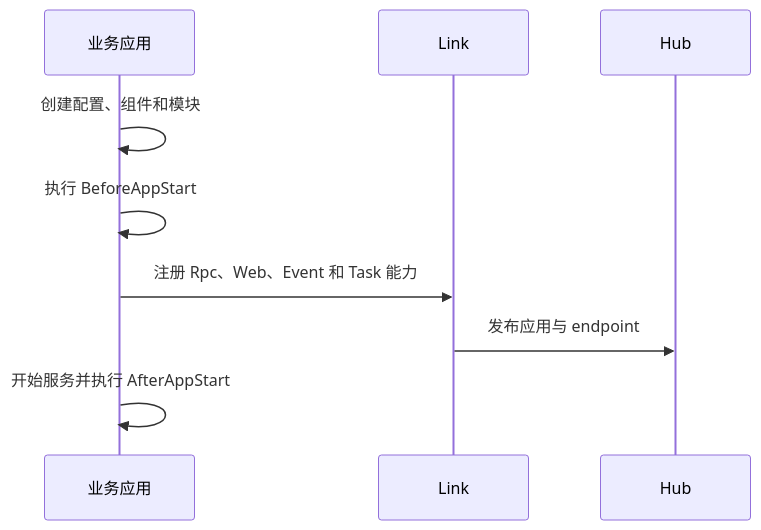
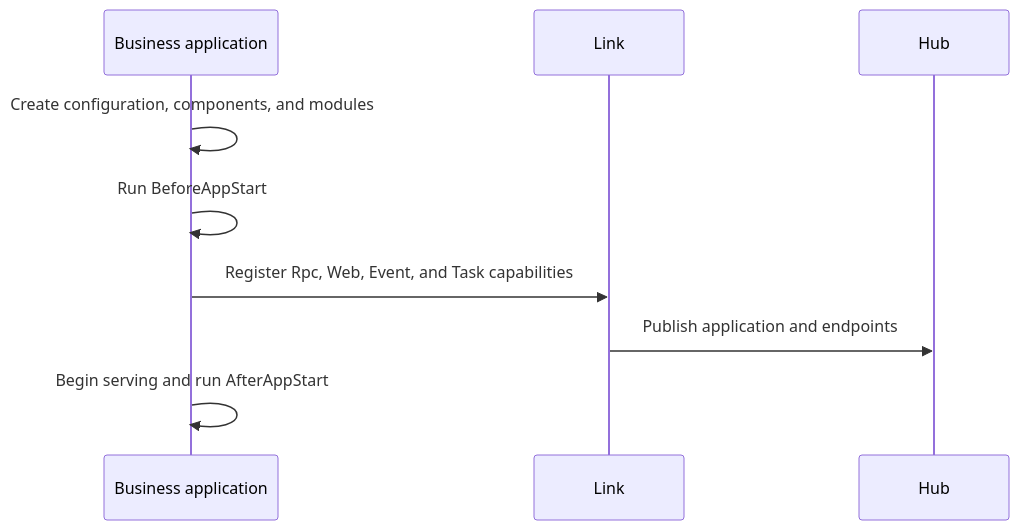
The first of 3 diagrams in docs/runtime/mechanisms.md (yorun-ai/vine-site), drawn with Mermaid before and after one commit. The commit also changed other lines of this file and 107 other files, not shown here.

````diff
--- a/docs/runtime/mechanisms.md
+++ b/docs/runtime/mechanisms.md
@@ -11,11 +11,11 @@
 ```mermaid
 sequenceDiagram
-  participant App as 业务应用
+  participant App as Business application
   participant RuntimeLink as Link
   participant Hub
-  App->>App: 创建配置、组件和模块
-  App->>App: 执行 BeforeAppStart
-  App->>RuntimeLink: 注册 Rpc、Web、Event 和 Task 能力
-  RuntimeLink->>Hub: 发布应用与 endpoint
-  App->>App: 开始服务并执行 AfterAppStart
+  App->>App: Create configuration, components, and modules
+  App->>App: Run BeforeAppStart
+  App->>RuntimeLink: Register Rpc, Web, Event, and Task capabilities
+  RuntimeLink->>Hub: Publish application and endpoints
+  App->>App: Begin serving and run AfterAppStart
 ```
````
